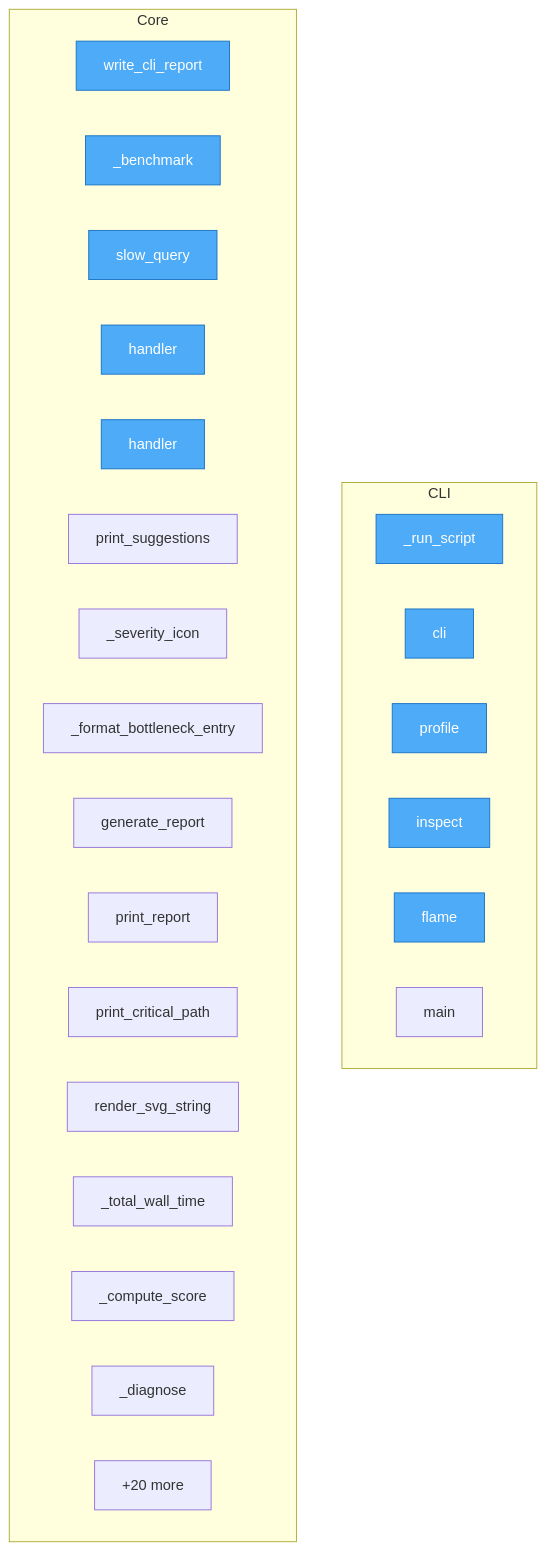
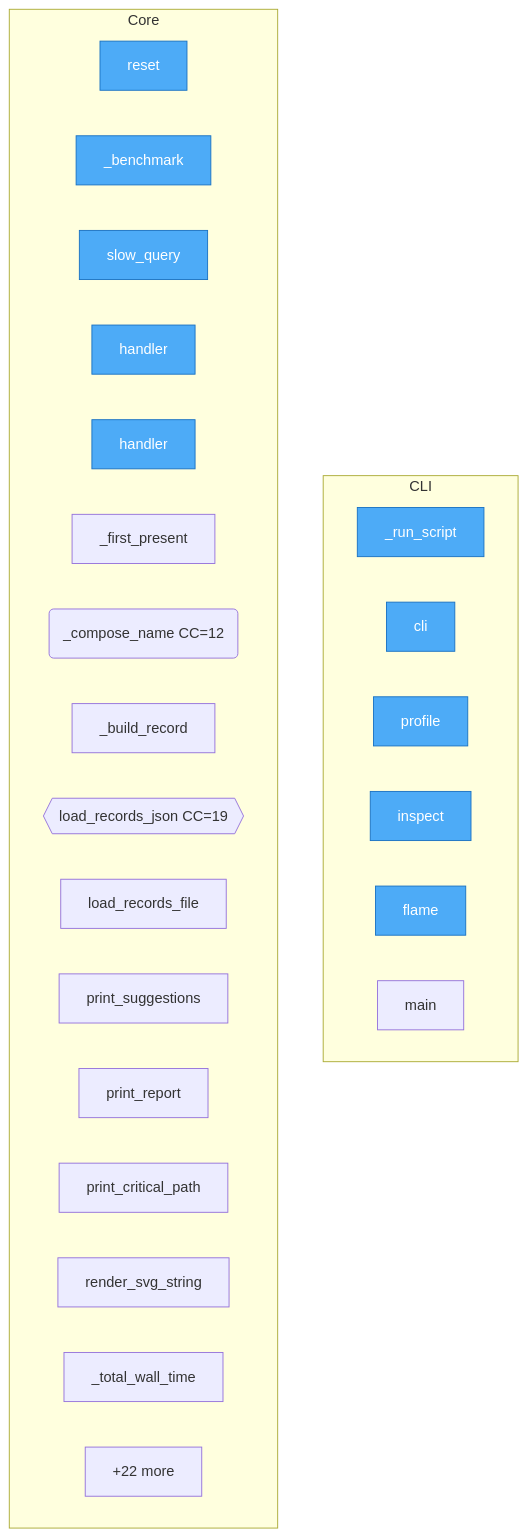
One commit to semcod/metrun changed the diagram in project/flow.mmd. Above: the diagram before and after it, drawn with Mermaid. The commit also changed 37 other files, not shown here.

```diff
--- a/project/flow.mmd
+++ b/project/flow.mmd
@@ -1,34 +1,34 @@
 flowchart TD
 
     %% Entry points (blue)
     classDef entry fill:#4dabf7,stroke:#1971c2,color:#fff
 
     subgraph CLI
         metrun__cli___run_script["_run_script"]
         metrun__cli__cli["cli"]
         metrun__cli__profile["profile"]
         metrun__cli__inspect["inspect"]
         metrun__cli__flame["flame"]
         metrun__cli__main["main"]
     end
 
     subgraph Core
-        project__write_cli_report["write_cli_report"]
+        project__reset["reset"]
         project___benchmark["_benchmark"]
         project__slow_query["slow_query"]
         project__handler["handler"]
         demo__handler["handler"]
+        metrun__records_io___first_present["_first_present"]
+        metrun__records_io___compose_name("_compose_name CC=12")
+        metrun__records_io___build_record["_build_record"]
+        metrun__records_io__load_records_json{{load_records_json CC=19}}
+        metrun__records_io__load_records_file["load_records_file"]
         metrun__suggestions__print_suggestions["print_suggestions"]
-        metrun__report___severity_icon["_severity_icon"]
-        metrun__report___format_bottleneck_entry["_format_bottleneck_entry"]
-        metrun__report__generate_report["generate_report"]
         metrun__report__print_report["print_report"]
         metrun__critical_path__print_critical_path["print_critical_path"]
         metrun__flamegraph__render_svg_string["render_svg_string"]
         metrun__bottleneck__BottleneckEngine___total_wall_time["_total_wall_time"]
-        metrun__bottleneck__BottleneckEngine___compute_score["_compute_score"]
-        metrun__bottleneck__BottleneckEngine___diagnose["_diagnose"]
-        ...["+20 more"]
+        ...["+22 more"]
     end
 
-    class project__write_cli_report,project___benchmark,project__slow_query,project__handler,demo__handler,metrun__cli___run_script,metrun__cli__cli,metrun__cli__profile,metrun__cli__inspect,metrun__cli__flame entry
+    class project__reset,project___benchmark,project__slow_query,project__handler,demo__handler,metrun__cli___run_script,metrun__cli__cli,metrun__cli__profile,metrun__cli__inspect,metrun__cli__flame entry
```
